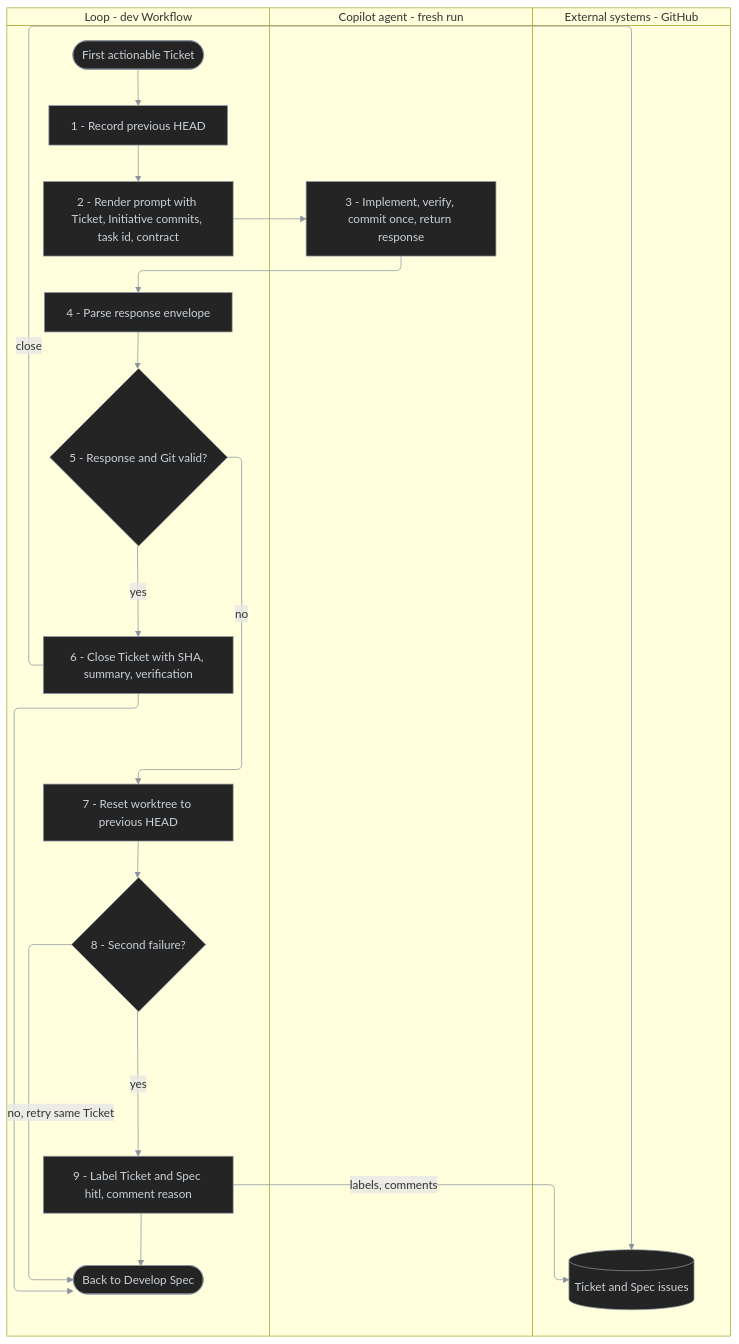
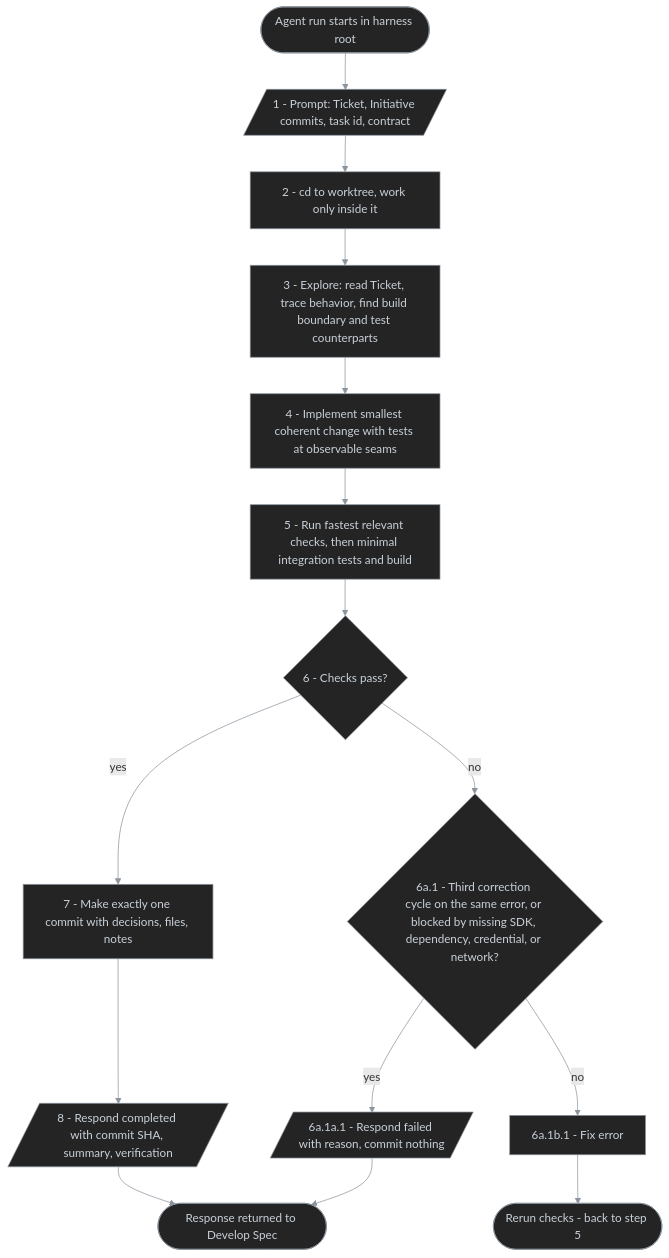
The second of 3 diagrams in docs/concepts/dom-autonomous-spec-delivery.md (antshc/loop), drawn with Mermaid before and after one commit. The commit also changed other lines of this file, not shown here.

Commit message:
refactor: enhance Develop Spec process and update flow diagrams for clarity

````diff
--- a/docs/concepts/dom-autonomous-spec-delivery.md
+++ b/docs/concepts/dom-autonomous-spec-delivery.md
@@ -67,38 +96,27 @@
 ```mermaid
 %%{init: {'themeVariables': {'lineColor': '#8b949e'}}}%%
-%% diagram-id: deliver-ticket-swimlane
-swimlane-beta TB
-  accTitle: Deliver Ticket responsibility
-  accDescr: Shows how Loop and one fresh Copilot agent run share the work of delivering and validating one Ticket.
+%% diagram-id: deliver-ticket-flowchart
+flowchart TD
+    start(["Agent run starts in harness root"])
+    input[/"1 - Prompt: Ticket, Initiative commits, task id, contract"/]
+    cd["2 - cd to worktree, work only inside it"]
+    explore["3 - Explore: read Ticket, trace behavior, find build boundary and test counterparts"]
+    implement["4 - Implement smallest coherent change with tests at observable seams"]
+    verify["5 - Run fastest relevant checks, then minimal integration tests and build"]
+    pass{"6 - Checks pass?"}
+    stuck{"6a.1 - Third correction cycle on the same error, or blocked by missing SDK, dependency, credential, or network?"}
+    fix["6a.1b.1 - Fix error"]
+    rerun(["Rerun checks - back to step 5"])
+    failed[/"6a.1a.1 - Respond failed with reason, commit nothing"/]
+    commit["7 - Make exactly one commit with decisions, files, notes"]
+    completed[/"8 - Respond completed with commit SHA, summary, verification"/]
+    endNode(["Response returned to Develop Spec"])
 
-  subgraph loop [Loop - dev Workflow]
-    start([First actionable Ticket])
-    head[1 - Record previous HEAD]
-    prompt[2 - Render prompt with Ticket, Initiative commits, task id, contract]
-    parse[4 - Parse response envelope]
-    valid{5 - Response and Git valid?}
-    close[6 - Close Ticket with SHA, summary, verification]
-    reset[7 - Reset worktree to previous HEAD]
-    cap{8 - Second failure?}
-    hitl[9 - Label Ticket and Spec hitl, comment reason]
-    endNode([Back to Develop Spec])
-  end
+    start --> input --> cd --> explore --> implement --> verify --> pass
+    pass -- yes --> commit --> completed --> endNode
+    pass -- no --> stuck
+    stuck -- yes --> failed --> endNode
+    stuck -- no --> fix --> rerun
 
-  subgraph agent [Copilot agent - fresh run]
-    work[3 - Implement, verify, commit once, return response]
-  end
-
-  subgraph ext [External systems - GitHub]
-    issues[(Ticket and Spec issues)]
-  end
-
-  start --> head --> prompt --> work --> parse --> valid
-  valid -->|yes| close -->|close| issues
-  valid -->|no| reset --> cap
-  cap -->|no, retry same Ticket| endNode
-  cap -->|yes| hitl -->|labels, comments| issues
-  close --> endNode
-  hitl --> endNode
-
-  classDef default fill:#242424,stroke:#8b949e,color:#c9d1d9,stroke-width:1px
+    classDef default fill:#242424,stroke:#8b949e,color:#c9d1d9,stroke-width:1px
 ```
````
